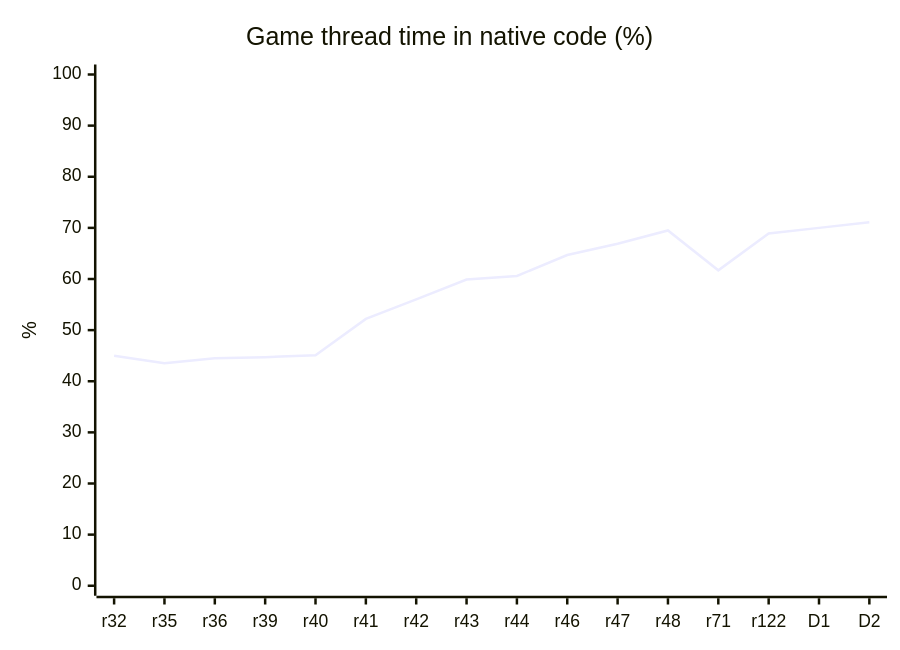
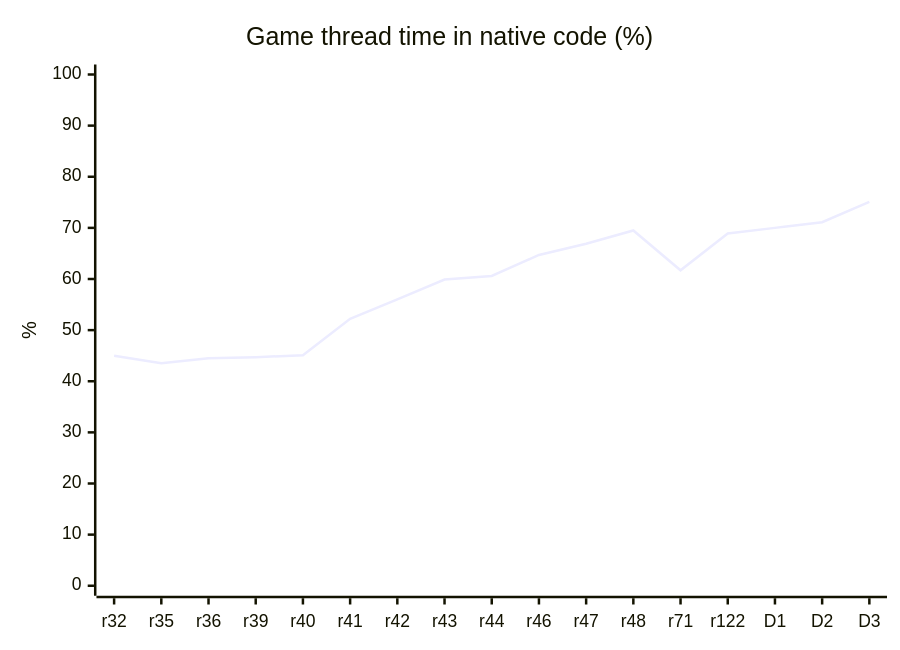
The diagram in README.md (HenryKun55/celosia), drawn with Mermaid before and after one commit. The commit also changed other lines of this file and 20 other files, not shown here.

````diff
--- a/README.md
+++ b/README.md
@@ -268,7 +269,7 @@
 ```mermaid
 xychart-beta
     title "Game thread time in native code (%)"
-    x-axis ["r32", "r35", "r36", "r39", "r40", "r41", "r42", "r43", "r44", "r46", "r47", "r48", "r71", "r122", "D1", "D2"]
+    x-axis ["r32", "r35", "r36", "r39", "r40", "r41", "r42", "r43", "r44", "r46", "r47", "r48", "r71", "r122", "D1", "D2", "D3"]
     y-axis "%" 0 --> 100
-    line [45.0, 43.5, 44.5, 44.7, 45.1, 52.2, 56.0, 59.9, 60.6, 64.7, 66.9, 69.5, 61.7, 68.9, 70.0, 71.1]
+    line [45.0, 43.5, 44.5, 44.7, 45.1, 52.2, 56.0, 59.9, 60.6, 64.7, 66.9, 69.5, 61.7, 68.9, 70.0, 71.1, 75.1]
 ```
````
